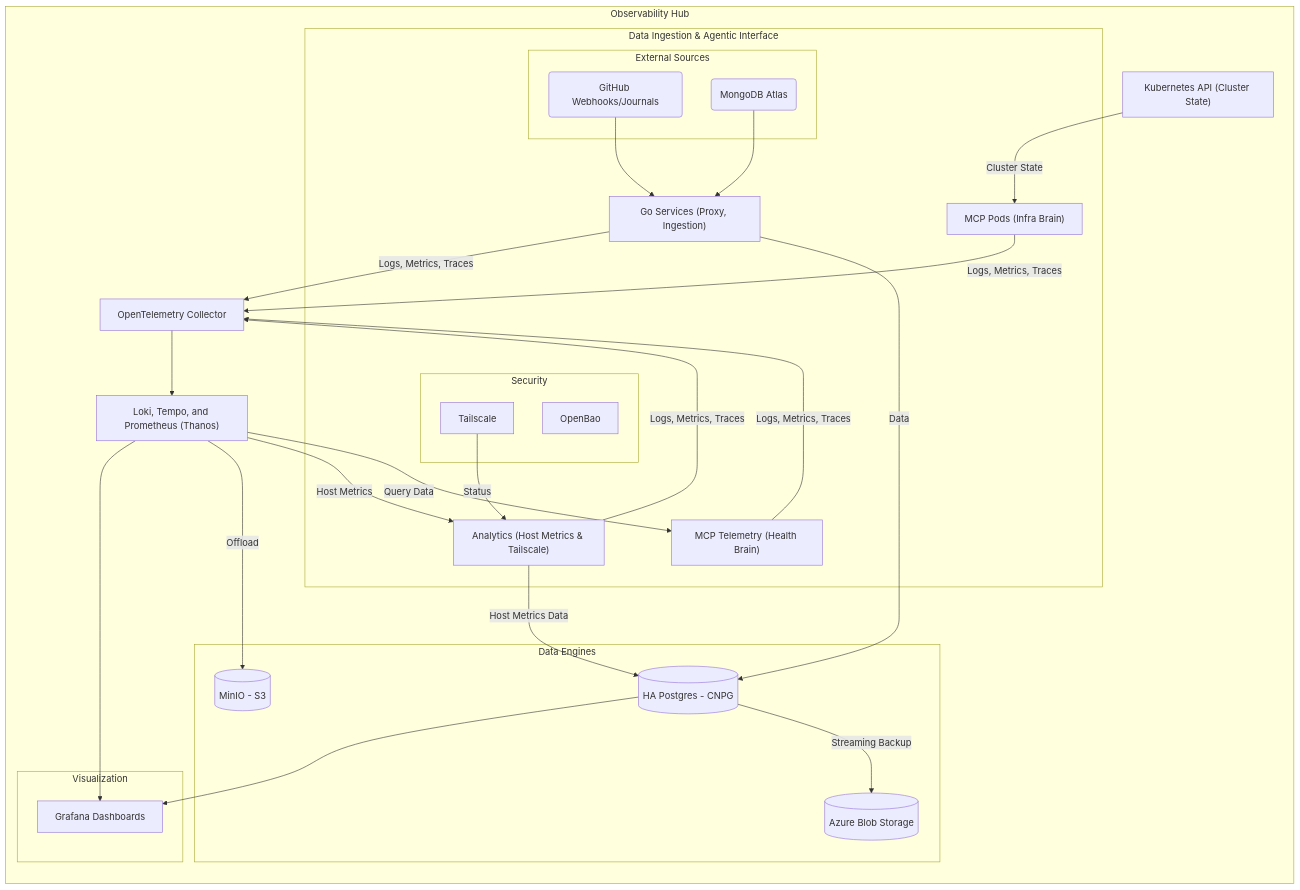
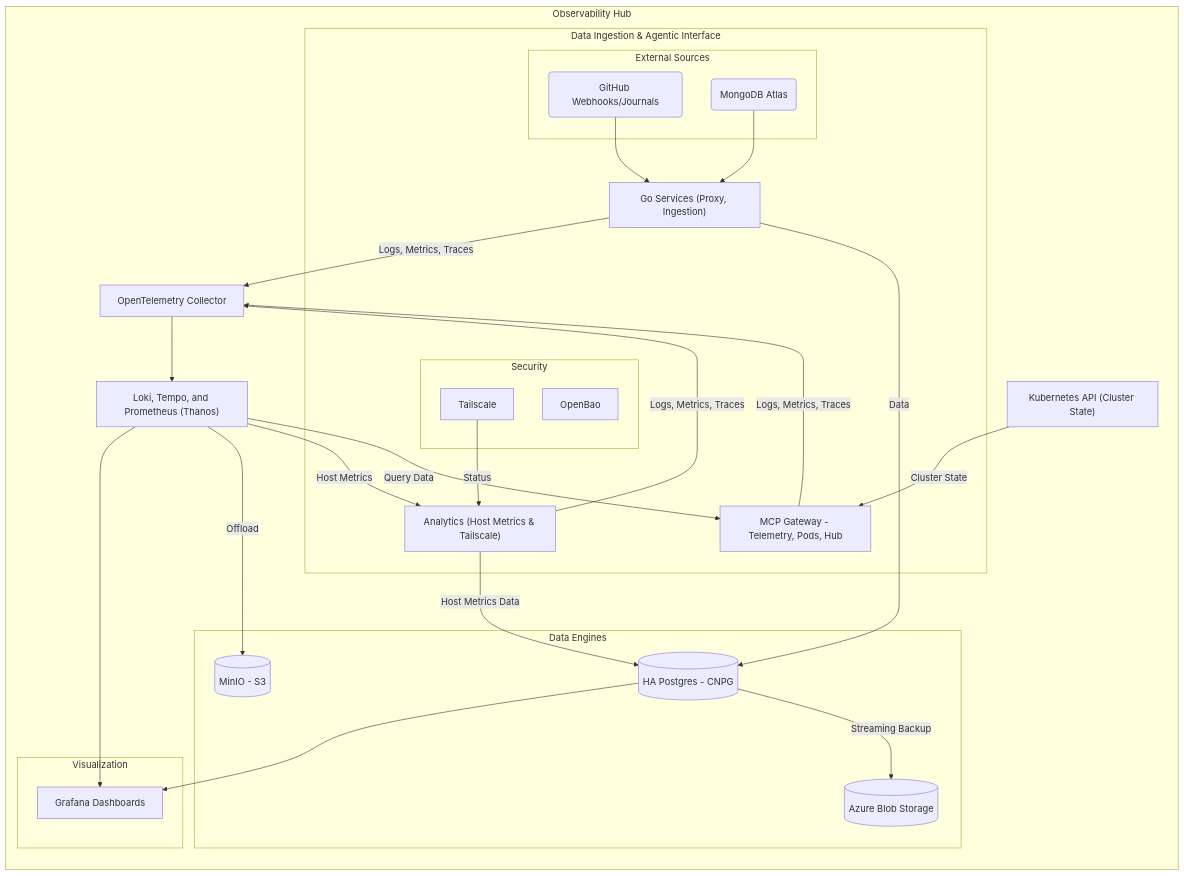
The diagram in README.md (victoriacheng15/observability-hub), drawn with Mermaid before and after one commit. The commit also changed other lines of this file and 7 other files, not shown here.

Commit message:
docs(mcp): align architectural blueprints with unified gateway model (#331)

````diff
--- a/README.md
+++ b/README.md
@@ -59,62 +59,61 @@
 ```mermaid
 flowchart TB
     subgraph ObservabilityHub ["Observability Hub"]
         direction TB
         subgraph Logic ["Data Ingestion & Agentic Interface"]
             subgraph External ["External Sources"]
                 GH(GitHub Webhooks/Journals)
                 Mongo(MongoDB Atlas)
             end
 
             subgraph Security [Security]
                 Bao[OpenBao]
                 Tailscale[Tailscale]
             end
 
             GoApps["Go Services (Proxy, Ingestion)"]
-            MCP_Tele["MCP Telemetry (Health Brain)"]
-            MCP_Pods["MCP Pods (Infra Brain)"]
+            MCP["MCP Gateway - Telemetry, Pods, Hub"]
             Analytics["Analytics (Host Metrics & Tailscale)"]
         end
 
-        K8S["Kubernetes API (Cluster State)"]
+        K3S["Kubernetes API (Cluster State)"]
         OTEL[OpenTelemetry Collector]
 
         Observability["Loki, Tempo, and Prometheus (Thanos)"]
         subgraph Storage ["Data Engines"]
             PG[(HA Postgres - CNPG)]
             S3[(MinIO - S3)]
             Azure[(Azure Blob Storage)]
         end
         
 
         subgraph Visualization ["Visualization"]
             Grafana[Grafana Dashboards]
         end
     end
 
     %% Data Pipeline Connections
     GH --> GoApps
     Mongo --> GoApps
     
-    %% Domain-Isolated MCP Paths
-    Observability -- "Query Data" --> MCP_Tele
-    K8S -- "Cluster State" --> MCP_Pods
+    %% Unified MCP Paths
+    Observability -- "Query Data" --> MCP
+    K3S -- "Cluster State" --> MCP
 
     %% Telemetry & Storage Connections
     Observability -- "Host Metrics" --> Analytics
     Tailscale -- "Status" --> Analytics
     Analytics -- "Host Metrics Data" --> PG
     GoApps -- Data --> PG
 
     %% Telemetry Pipeline (OTLP)
-    GoApps & MCP_Tele & MCP_Pods & Analytics -- "Logs, Metrics, Traces" --> OTEL
+    GoApps & MCP & Analytics -- "Logs, Metrics, Traces" --> OTEL
     OTEL --> Observability
     
     %% Resilience & Backup
     Observability -- "Offload" --> S3
     PG -- "Streaming Backup" --> Azure
 
     %% Visualization Connections
     Observability & PG --> Grafana
 ```
````
